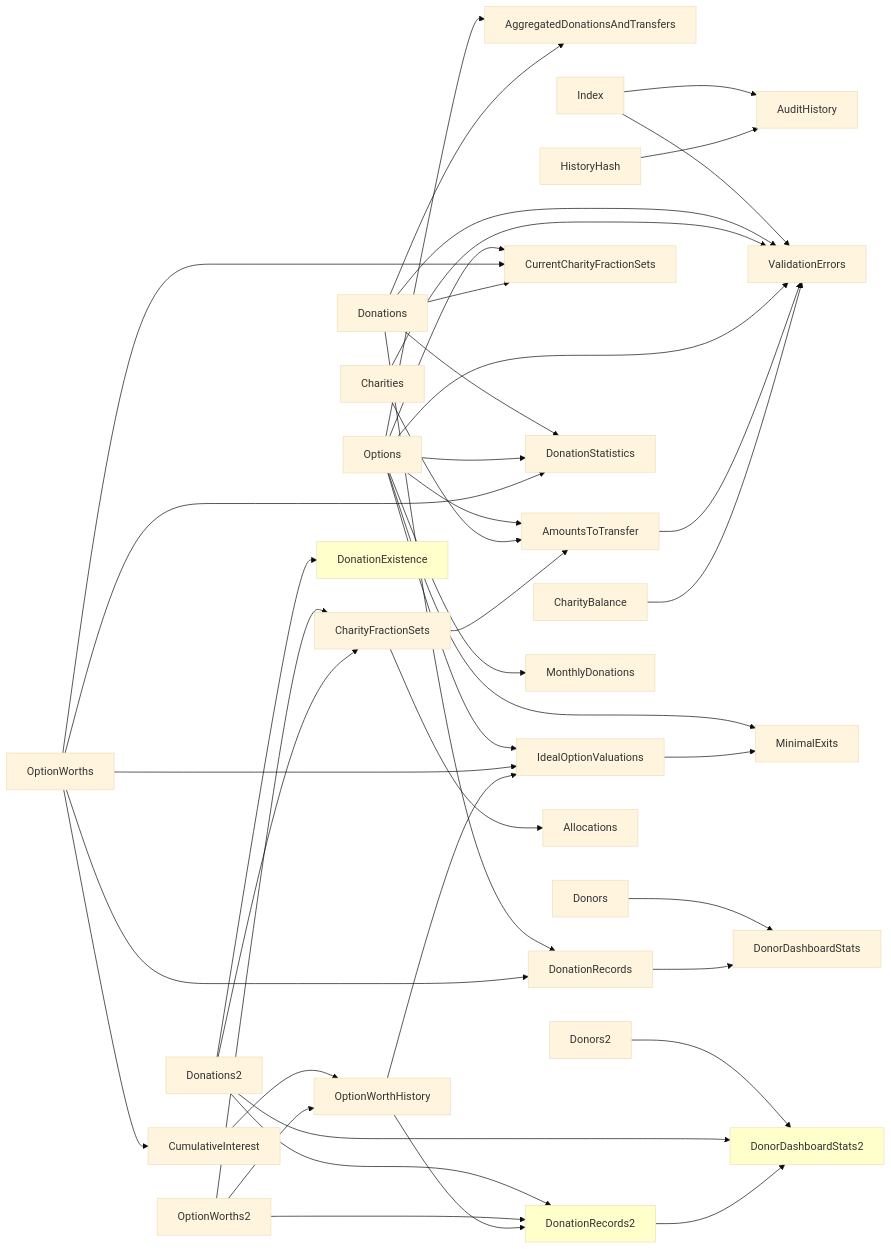
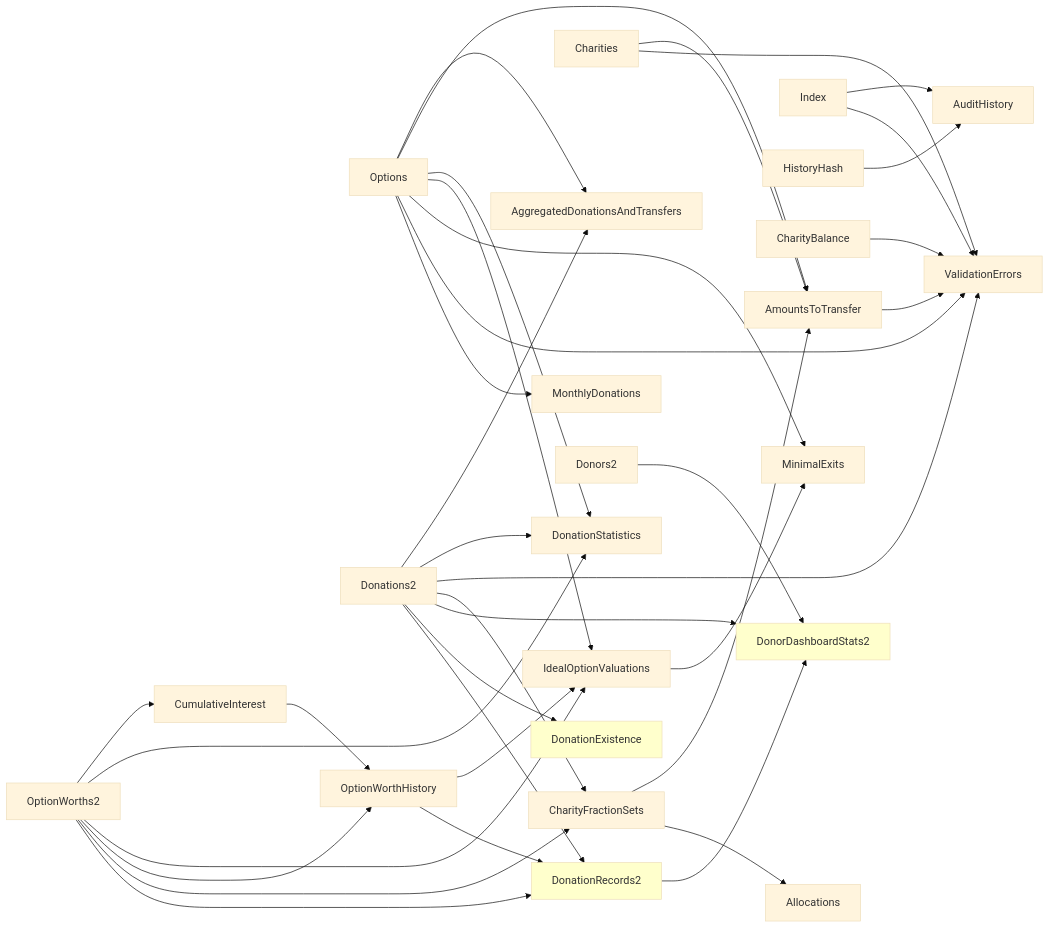
The second of 2 diagrams in wiki/calculator.md (joost-morsink/FF-admin-module), drawn with Mermaid (base theme) before and after one commit. The commit also changed 20 other files, not shown here.

````diff
--- a/wiki/calculator.md
+++ b/wiki/calculator.md
@@ -94,59 +94,52 @@
 ```mermaid
 graph LR
     classDef calc fill:#ffc;
     Options --> AggregatedDonationsAndTransfers
-    Donations --> AggregatedDonationsAndTransfers
+    Donations2 --> AggregatedDonationsAndTransfers
     Options --> AmountsToTransfer
     Charities --> AmountsToTransfer
     CharityFractionSets --> AmountsToTransfer
     Index --> AuditHistory
     HistoryHash --> AuditHistory
     CharityBalance
-    OptionWorths --> CumulativeInterest
-    Options --> CurrentCharityFractionSets
-    OptionWorths --> CurrentCharityFractionSets
-    Donations --> CurrentCharityFractionSets
-    Donations --> DonationRecords
-    OptionWorths --> DonationRecords
-    Donations --> DonationStatistics
+    OptionWorths2 --> CumulativeInterest
+    Donations2 --> DonationStatistics
     Options --> DonationStatistics
-    OptionWorths --> DonationStatistics
-    Donors --> DonorDashboardStats
-    DonationRecords --> DonorDashboardStats
+    OptionWorths2 --> DonationStatistics
     Options --> IdealOptionValuations
-    OptionWorths --> IdealOptionValuations
+    OptionWorths2 --> IdealOptionValuations
     Options --> MinimalExits
     IdealOptionValuations --> MinimalExits
     CumulativeInterest --> OptionWorthHistory
     OptionWorthHistory --> IdealOptionValuations
     Index --> ValidationErrors
-    Donations --> ValidationErrors
+    Donations2 --> ValidationErrors
     Charities --> ValidationErrors
     Options --> ValidationErrors
     AmountsToTransfer --> ValidationErrors
     CharityBalance --> ValidationErrors
     Options --> MonthlyDonations
 
     OptionWorths2 --> OptionWorthHistory
     OptionWorths2 --> CharityFractionSets
     Donations2 --> CharityFractionSets
     Donors2 --> DonorDashboardStats2:::calc
     Donations2 --> DonorDashboardStats2
     DonationRecords2 --> DonorDashboardStats2
     Donations2 --> DonationExistence:::calc
     CharityFractionSets --> Allocations
 
     Donations2 --> DonationRecords2:::calc
     OptionWorths2 --> DonationRecords2
     OptionWorthHistory --> DonationRecords2
 
     click Index "./models/index"
     click HistoryHash "./models/history_hash"
     click Options "./models/options"
     click ValidationErrors "./models/validation_errors"
     click Donations "./models/donations"
     click OptionWorths "./models/option_worths"
     click IdealOptionValuations "./models/ideal_option_valuations"
     click MinimalExits "./models/minimal_exits"
     click MonthlyDonations "./models/monthly_donations"
 ```
````
